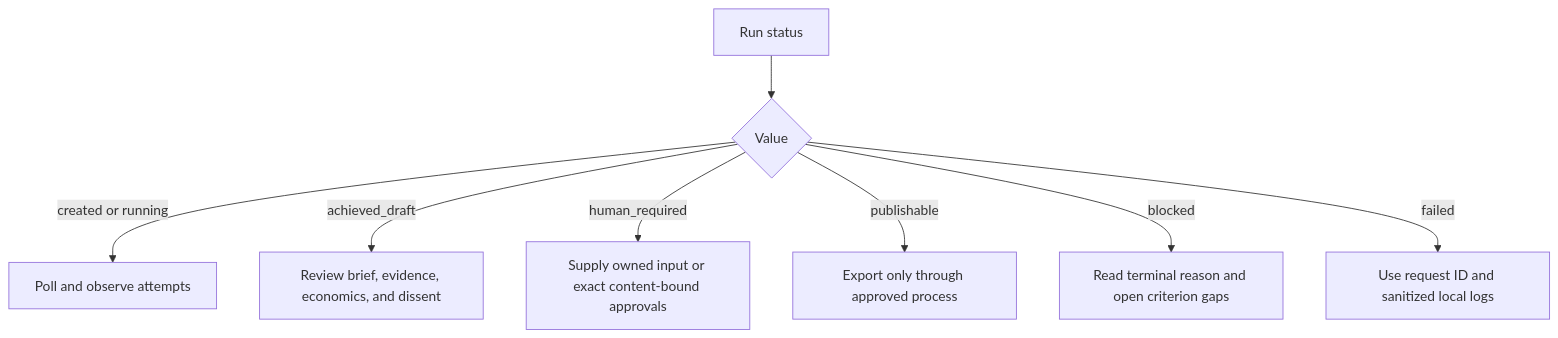
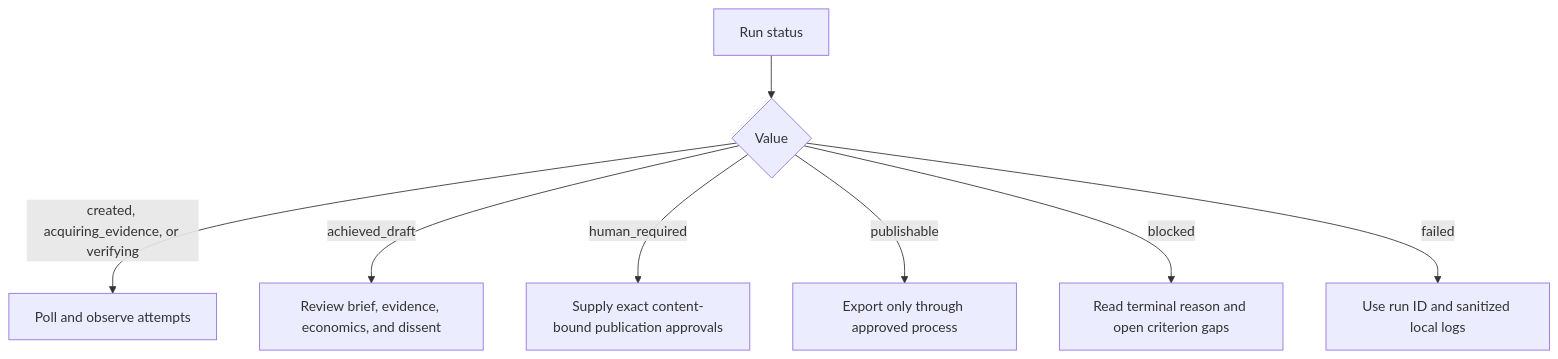
One commit to sw30labs/PorterForcesAI changed the second of 2 diagrams in docs/technical/operations.md. Above: the diagram before and after it, drawn with Mermaid. The commit also changed other lines of this file and 14 other files, not shown here.

````diff
--- a/docs/technical/operations.md
+++ b/docs/technical/operations.md
@@ -151,10 +182,10 @@
 ```mermaid
 flowchart TD
     S[Run status] --> R{Value}
-    R -->|created or running| WAIT[Poll and observe attempts]
+    R -->|created, acquiring_evidence, or verifying| WAIT[Poll and observe attempts]
     R -->|achieved_draft| REVIEW[Review brief, evidence, economics, and dissent]
-    R -->|human_required| HUMAN[Supply owned input or exact content-bound approvals]
+    R -->|human_required| HUMAN[Supply exact content-bound publication approvals]
     R -->|publishable| EXPORT[Export only through approved process]
     R -->|blocked| FIX[Read terminal reason and open criterion gaps]
-    R -->|failed| DIAG[Use request ID and sanitized local logs]
+    R -->|failed| DIAG[Use run ID and sanitized local logs]
 ```
````
